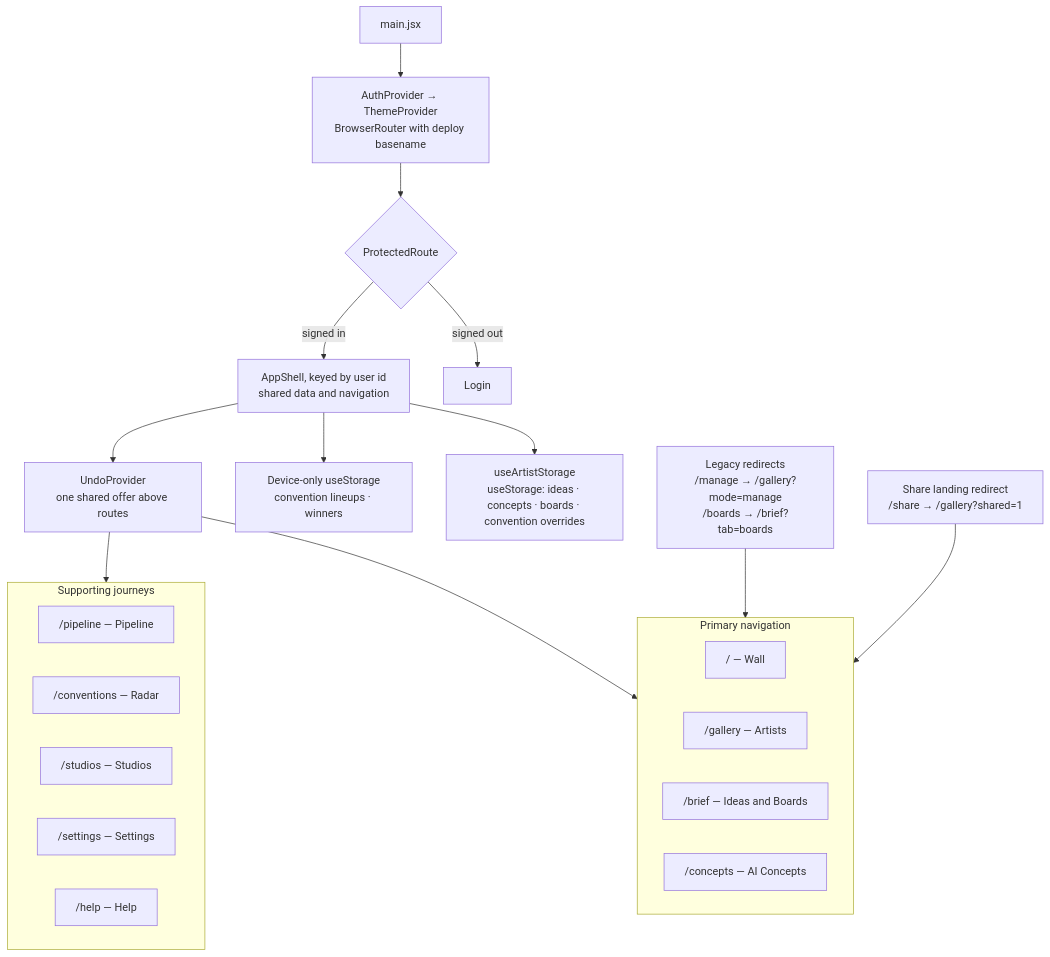
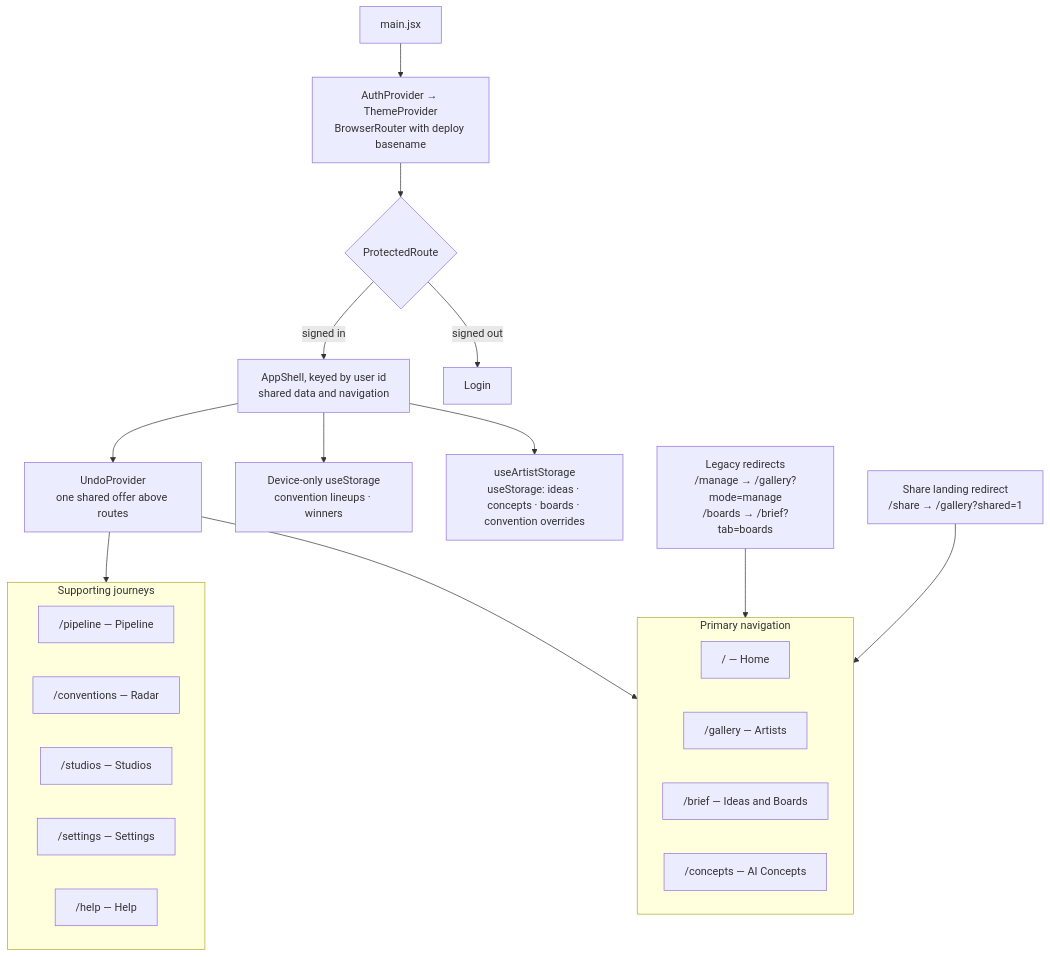
The fifth of 13 diagrams in docs/ARCHITECTURE.md (Pritesh1980/sable), drawn with Mermaid before and after one commit. The commit also changed other lines of this file and 10 other files, not shown here.

Commit message:
docs: Home start page and the Wall inside Artists (#220)

````diff
--- a/docs/ARCHITECTURE.md
+++ b/docs/ARCHITECTURE.md
@@ -211,40 +211,40 @@
 ```mermaid
 flowchart TB
   ENTRY["main.jsx"]
   PROVIDERS["AuthProvider → ThemeProvider<br/>BrowserRouter with deploy basename"]
   GATE{"ProtectedRoute"}
   LOGIN["Login"]
   SHELL["AppShell, keyed by user id<br/>shared data and navigation"]
   STATE["useArtistStorage<br/>useStorage: ideas · concepts · boards · convention overrides"]
   LOCALSTATE["Device-only useStorage<br/>convention lineups · winners"]
   UNDO["UndoProvider<br/>one shared offer above routes"]
 
   subgraph PRIMARY["Primary navigation"]
-    WALL["/ — Wall"]
+    WALL["/ — Home"]
     GALLERY["/gallery — Artists"]
     BRIEF["/brief — Ideas and Boards"]
     CONCEPTS["/concepts — AI Concepts"]
   end
 
   subgraph SUPPORT["Supporting journeys"]
     PIPELINE["/pipeline — Pipeline"]
     RADAR["/conventions — Radar"]
     STUDIOS["/studios — Studios"]
     SETTINGS["/settings — Settings"]
     HELP["/help — Help"]
   end
 
   LEGACY["Legacy redirects<br/>/manage → /gallery?mode=manage<br/>/boards → /brief?tab=boards"]
   SHARE["Share landing redirect<br/>/share → /gallery?shared=1"]
 
   ENTRY --> PROVIDERS --> GATE
   GATE -- "signed out" --> LOGIN
   GATE -- "signed in" --> SHELL
   SHELL --> STATE
   SHELL --> LOCALSTATE
   SHELL --> UNDO
   UNDO --> PRIMARY
   UNDO --> SUPPORT
   LEGACY --> PRIMARY
   SHARE --> PRIMARY
 ```
````
